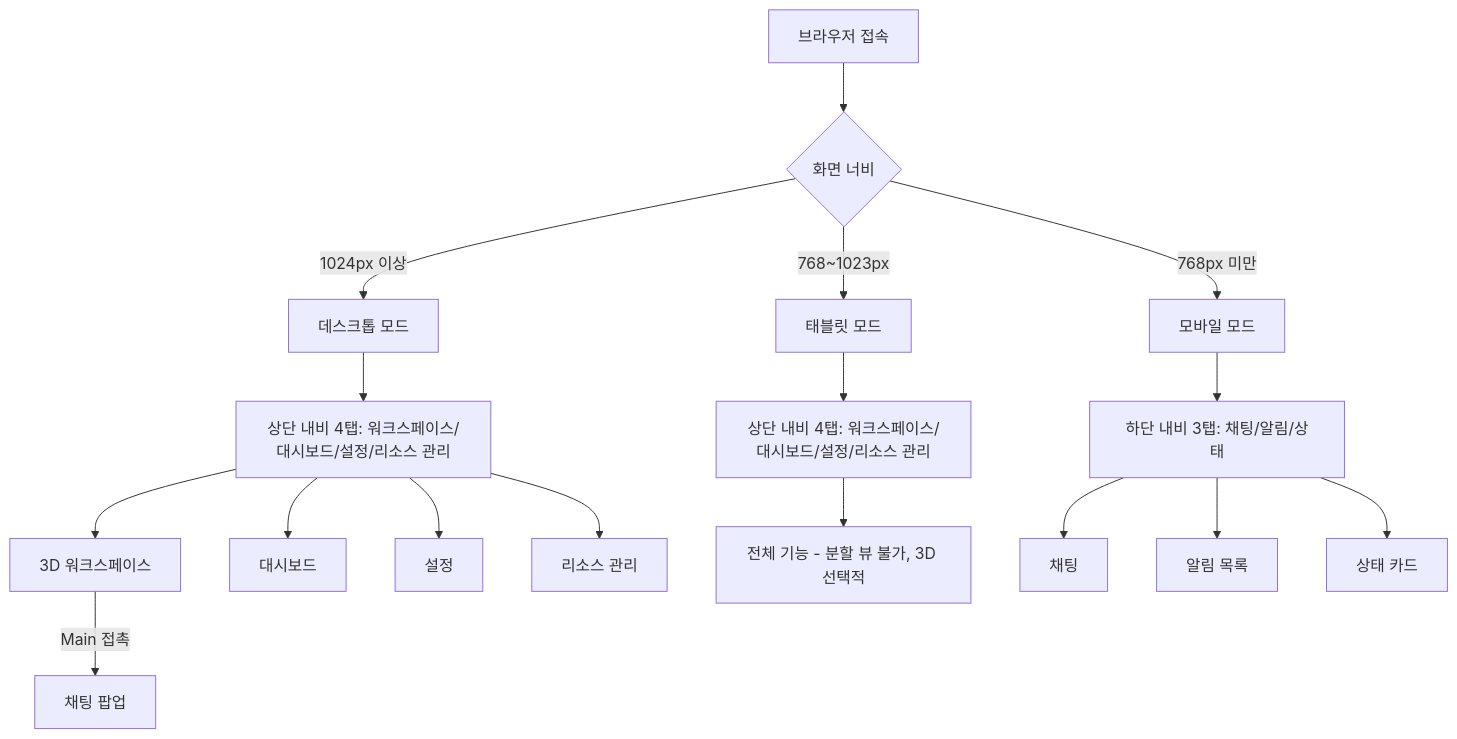
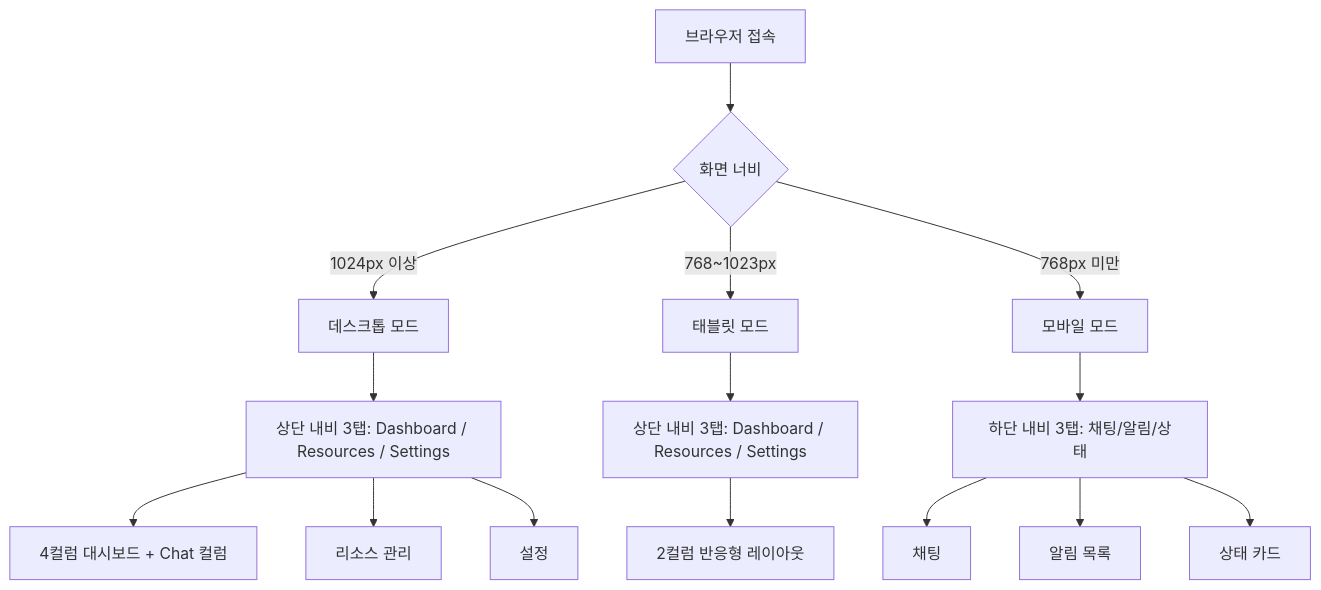
One commit to Jeonyunjae/ClaudeManager changed diagram 15 of 15 in 03_design/🔀 user-flow.md. Above: the diagram before and after it, drawn with Mermaid. The commit also changed other lines of this file and 221 other files, not shown here.

````diff
--- a/03_design/🔀 user-flow.md
+++ b/03_design/🔀 user-flow.md
@@ -285,23 +303,21 @@
 ```mermaid
 flowchart TD
     ACCESS[브라우저 접속] --> DETECT{화면 너비}
     
     DETECT -->|1024px 이상| DESKTOP[데스크톱 모드]
     DETECT -->|768~1023px| TABLET[태블릿 모드]
     DETECT -->|768px 미만| MOBILE[모바일 모드]
     
-    DESKTOP --> D_NAV[상단 내비 4탭: 워크스페이스/대시보드/설정/리소스 관리]
-    D_NAV --> D_OFFICE[3D 워크스페이스]
-    D_NAV --> D_DASHBOARD[대시보드]
+    DESKTOP --> D_NAV[상단 내비 3탭: Dashboard / Resources / Settings]
+    D_NAV --> D_DASHBOARD[4컬럼 대시보드 + Chat 컬럼]
+    D_NAV --> D_RESOURCE[리소스 관리]
     D_NAV --> D_SETTINGS[설정]
-    D_NAV --> D_RESOURCE[리소스 관리]
-    D_OFFICE -->|Main 접촉| D_CHAT_POPUP[채팅 팝업]
     
-    TABLET --> T_NAV[상단 내비 4탭: 워크스페이스/대시보드/설정/리소스 관리]
-    T_NAV --> T_ALL[전체 기능 - 분할 뷰 불가, 3D 선택적]
+    TABLET --> T_NAV[상단 내비 3탭: Dashboard / Resources / Settings]
+    T_NAV --> T_ALL[2컬럼 반응형 레이아웃]
     
     MOBILE --> M_NAV[하단 내비 3탭: 채팅/알림/상태]
     M_NAV --> M_CHAT[채팅]
     M_NAV --> M_ALERT[알림 목록]
     M_NAV --> M_STATUS[상태 카드]
 ```
````
